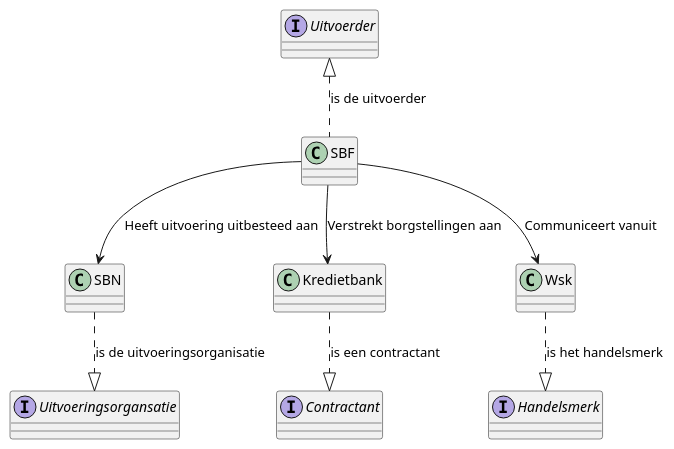
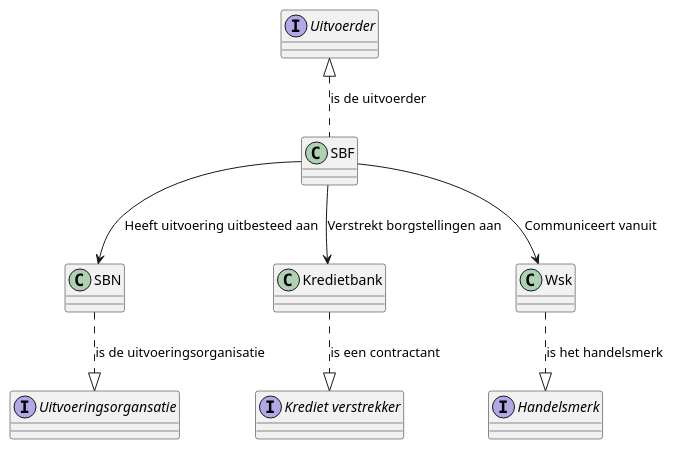
Before and after one commit to sbnnl/documentatie: the diagram in docs/context.puml, drawn with PlantUML.

```diff
--- a/docs/context.puml
+++ b/docs/context.puml
@@ -1,25 +1,25 @@
 @startuml
 
 
 interface Uitvoeringsorgansatie
 class SBN
 
 interface Uitvoerder
 class SBF
 
-interface Contractant
+interface "Krediet verstrekker" as Contractant
 class Kredietbank
 
 interface Handelsmerk
 class Wsk
 
  Uitvoerder <|.. SBF : "is de uitvoerder"
 SBF --> Kredietbank : "Verstrekt borgstellingen aan"
 SBF --> Wsk : "Communiceert vanuit"
 SBF --> SBN : "Heeft uitvoering uitbesteed aan"
 
 Kredietbank ..|> Contractant  : "is een contractant"
 Wsk ..|> Handelsmerk : "is het handelsmerk"
 SBN ..|> Uitvoeringsorgansatie : "is de uitvoeringsorganisatie"
 
 @enduml
```
